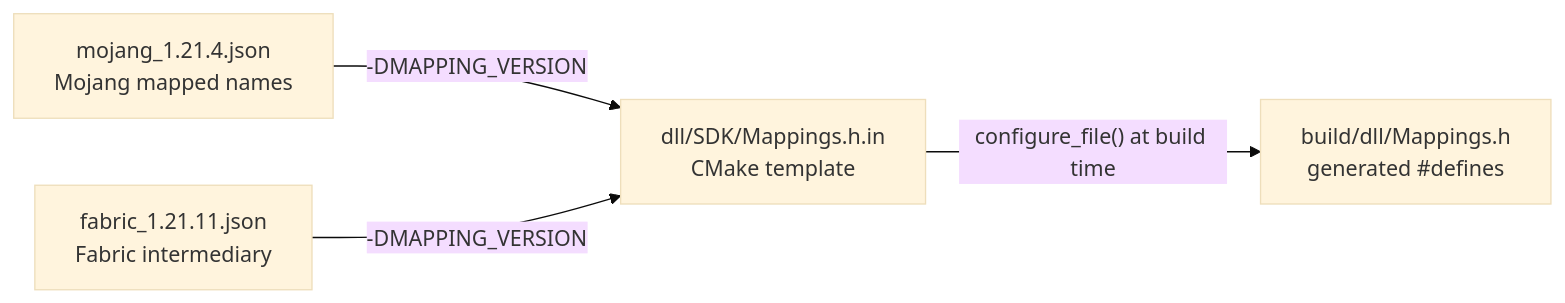
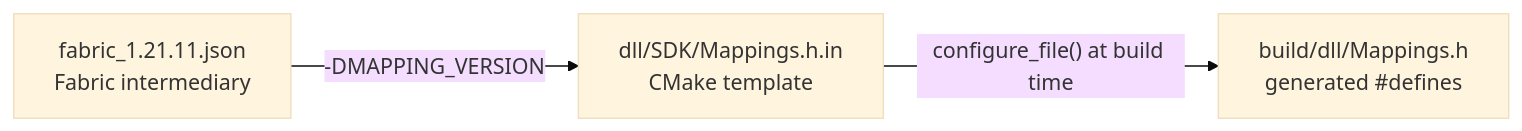
One commit to expires/autoclicker changed the fourth of 4 diagrams in README.md. Above: the diagram before and after it, drawn with Mermaid (base theme). The commit also changed other lines of this file and 27 other files, not shown here.

````diff
--- a/README.md
+++ b/README.md
@@ -110,11 +110,9 @@
 ```mermaid
 flowchart LR
-    MJ["mojang_1.21.4.json\nMojang mapped names"]
     FA["fabric_1.21.11.json\nFabric intermediary"]
     HIN["dll/SDK/Mappings.h.in\nCMake template"]
     GEN["build/dll/Mappings.h\ngenerated #defines"]
 
-    MJ -->|"-DMAPPING_VERSION"| HIN
     FA -->|"-DMAPPING_VERSION"| HIN
     HIN -->|"configure_file() at build time"| GEN
 ```
````
